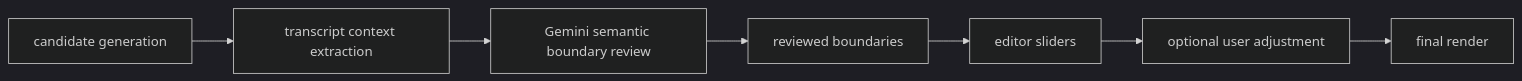
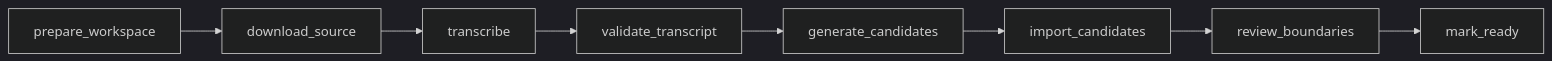
Before and after one commit to s194586/AI-Podcast-Clip-Cutter: the second of 3 diagrams in README.md, drawn with Mermaid (dark theme). The commit also changed other lines of this file and 14 other files, not shown here.

Commit message:
docs: prepare portfolio-ready v1.0 release

````diff
--- a/README.md
+++ b/README.md
@@ -32,9 +117,10 @@
 ```mermaid
 flowchart LR
-  A[candidate generation] --> B[transcript context extraction]
-  B --> C[Gemini semantic boundary review]
-  C --> D[reviewed boundaries]
-  D --> E[editor sliders]
-  E --> F[optional user adjustment]
-  F --> G[final render]
+  A[prepare_workspace] --> B[download_source]
+  B --> C[transcribe]
+  C --> D[validate_transcript]
+  D --> E[generate_candidates]
+  E --> F[import_candidates]
+  F --> G[review_boundaries]
+  G --> H[mark_ready]
 ```
````
